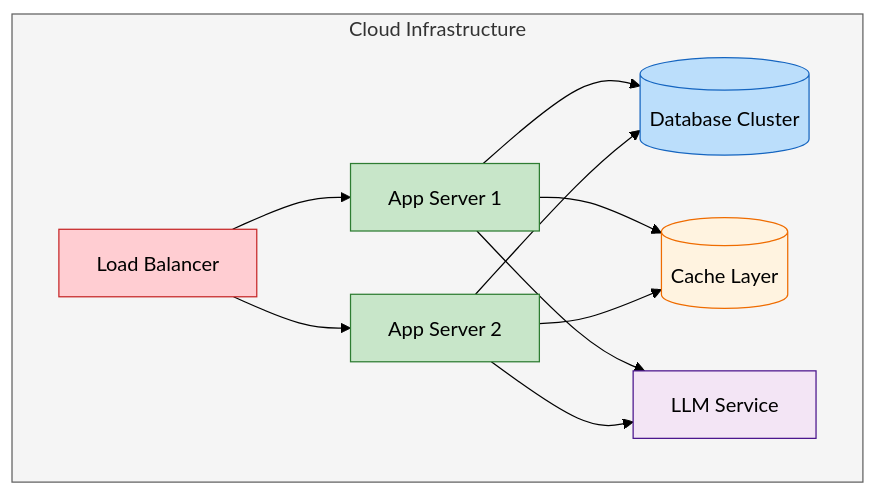
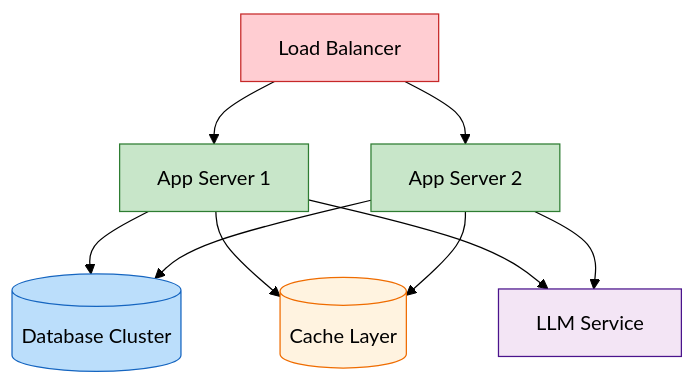
The sixth of 7 diagrams in UTTA.wiki/Architecture-Guide.md (UVU-AI-Innovate/UTTA), drawn with Mermaid (forest theme) before and after one commit. The commit also changed other lines of this file, not shown here.

First line of the commit message:
Refactor Architecture Guide diagrams for improved readability

````diff
--- a/UTTA.wiki/Architecture-Guide.md
+++ b/UTTA.wiki/Architecture-Guide.md
@@ -189,28 +169,18 @@
 ```mermaid
-graph TD
-    subgraph Cloud[Cloud Infrastructure]
-        LB[Load Balancer]
-        App1[App Server 1]
-        App2[App Server 2]
-        DB[(Database Cluster)]
-        Cache[(Cache Layer)]
-        LLM[LLM Service]
-    end
-
-    LB --> App1
-    LB --> App2
-    App1 --> DB
+graph TB
+    LB[Load Balancer] --> App1[App Server 1]
+    LB --> App2[App Server 2]
+    App1 --> DB[(Database Cluster)]
     App2 --> DB
-    App1 --> Cache
+    App1 --> Cache[(Cache Layer)]
     App2 --> Cache
-    App1 --> LLM
+    App1 --> LLM[LLM Service]
     App2 --> LLM
 
-    style Cloud fill:#f5f5f5,stroke:#616161
     style LB fill:#ffcdd2,stroke:#c62828
     style App1 fill:#c8e6c9,stroke:#2e7d32
     style App2 fill:#c8e6c9,stroke:#2e7d32
     style DB fill:#bbdefb,stroke:#1565c0
     style Cache fill:#fff3e0,stroke:#ef6c00
     style LLM fill:#f3e5f5,stroke:#4a148c
 ```
````
